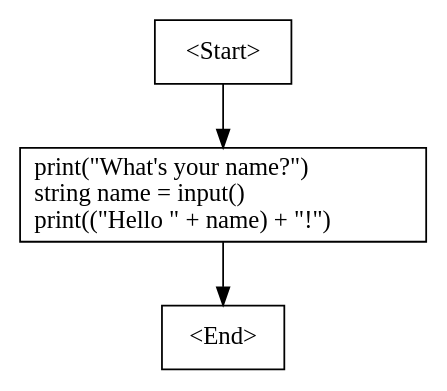
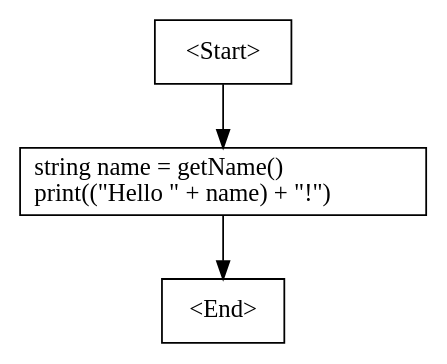
The diagram in Shore/sc/bin/Debug/net7.0/cfg.dot (FlamemasterNXF/Sea), drawn with Graphviz before and after one commit. The commit also changed 12 other files, not shown here.

```diff
--- a/Shore/sc/bin/Debug/net7.0/cfg.dot
+++ b/Shore/sc/bin/Debug/net7.0/cfg.dot
@@ -1,7 +1,7 @@
 digraph G {
     N0 [label = "<Start>" shape = box]
-    N1 [label = "print(\"What's your name?\")\lstring name = input()\lprint((\"Hello \" + name) + \"!\")\l" shape = box]
+    N1 [label = "string name = getName()\lprint((\"Hello \" + name) + \"!\")\l" shape = box]
     N2 [label = "<End>" shape = box]
     N0 -> N1 [label = ""]
     N1 -> N2 [label = ""]
 }
```
